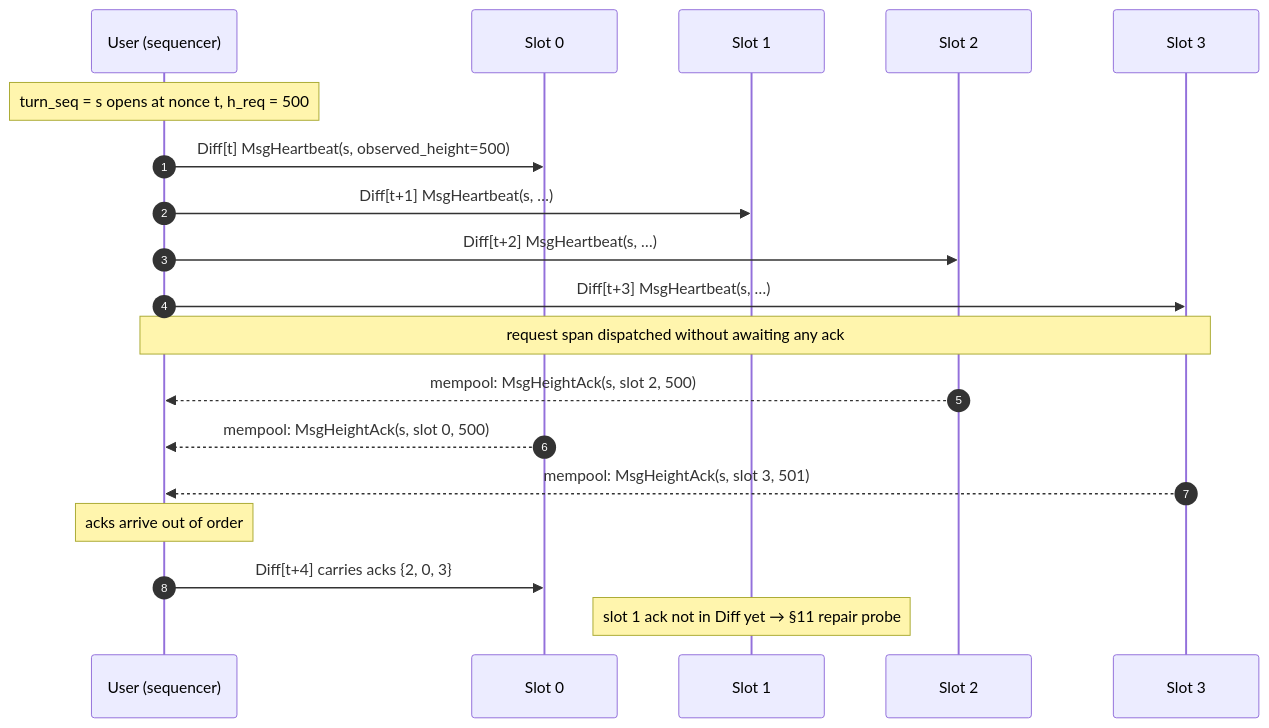
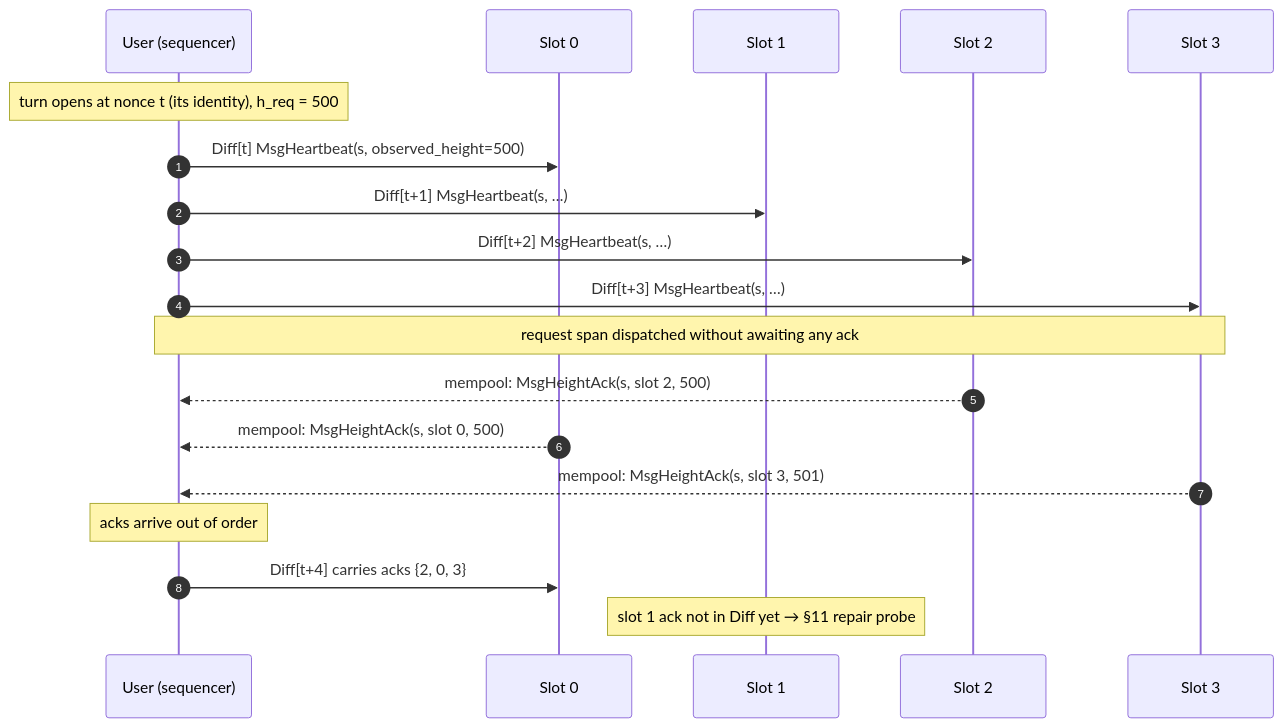
The fourth of 8 diagrams in devshard/docs/proposals/HEIGHT_SYNC_PROTOCOL_PROPOSAL.md (gonka-ai/gonka), drawn with Mermaid before and after one commit. The commit also changed other lines of this file and 46 other files, not shown here.

First line of the commit message:
fix(devshard): name height-sync turns by span-start nonce instead of turn_seq

````diff
--- a/devshard/docs/proposals/HEIGHT_SYNC_PROTOCOL_PROPOSAL.md
+++ b/devshard/docs/proposals/HEIGHT_SYNC_PROTOCOL_PROPOSAL.md
@@ -774,21 +774,21 @@
 ```mermaid
 sequenceDiagram
     autonumber
     participant U as User (sequencer)
     participant H0 as Slot 0
     participant H1 as Slot 1
     participant H2 as Slot 2
     participant H3 as Slot 3
-    Note over U: turn_seq = s opens at nonce t, h_req = 500
+    Note over U: turn opens at nonce t (its identity), h_req = 500
     U->>H0: Diff[t]   MsgHeartbeat(s, observed_height=500)
     U->>H1: Diff[t+1] MsgHeartbeat(s, …)
     U->>H2: Diff[t+2] MsgHeartbeat(s, …)
     U->>H3: Diff[t+3] MsgHeartbeat(s, …)
     Note over U,H3: request span dispatched without awaiting any ack
     H2-->>U: mempool: MsgHeightAck(s, slot 2, 500)
     H0-->>U: mempool: MsgHeightAck(s, slot 0, 500)
     H3-->>U: mempool: MsgHeightAck(s, slot 3, 501)
     Note over U: acks arrive out of order
     U->>H0: Diff[t+4] carries acks {2, 0, 3}
     Note over H1: slot 1 ack not in Diff yet → §11 repair probe
 ```
````
